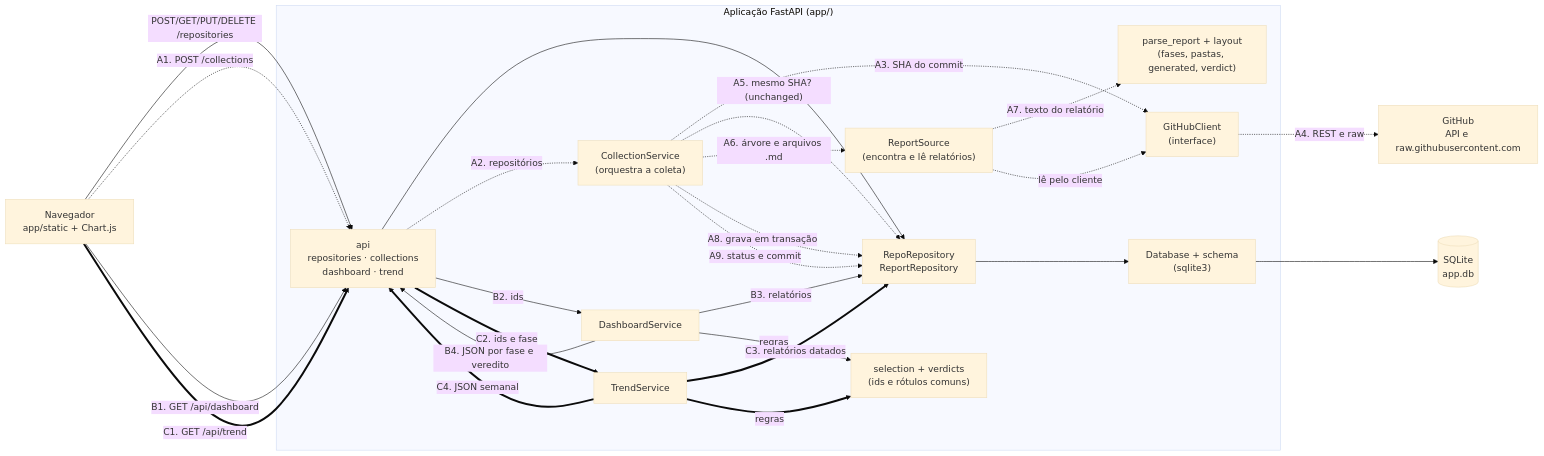
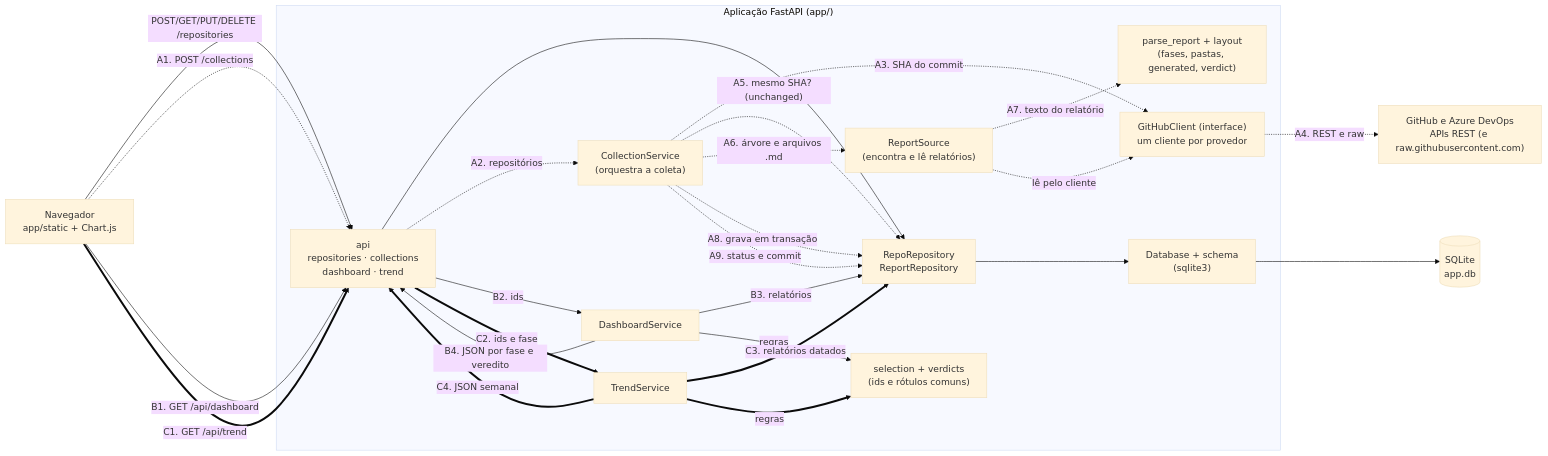
One commit to joaogoes/akcit_modulo_4 changed the diagram in docs/03 diagrama-componentes.md. Above: the diagram before and after it, drawn with Mermaid (base theme). The commit also changed other lines of this file and 3 other files, not shown here.

First line of the commit message:
docs: documenta o Azure DevOps e os tokens cifrados

````diff
--- a/docs/03 diagrama-componentes.md
+++ b/docs/03 diagrama-componentes.md
@@ -9,52 +9,52 @@
 ```mermaid
 flowchart LR
     Browser["Navegador<br/>app/static + Chart.js"]
-    GitHub["GitHub<br/>API e raw.githubusercontent.com"]
+    GitHub["GitHub e Azure DevOps<br/>APIs REST (e raw.githubusercontent.com)"]
 
     subgraph App["Aplicação FastAPI (app/)"]
         API["api<br/>repositories · collections<br/>dashboard · trend"]
         Collect["CollectionService<br/>(orquestra a coleta)"]
         Source["ReportSource<br/>(encontra e lê relatórios)"]
         Parser["parse_report + layout<br/>(fases, pastas, generated, verdict)"]
-        Client["GitHubClient<br/>(interface)"]
+        Client["GitHubClient (interface)<br/>um cliente por provedor"]
         Dash["DashboardService"]
         Trend["TrendService"]
         Shared["selection + verdicts<br/>(ids e rótulos comuns)"]
         Repos["RepoRepository<br/>ReportRepository"]
         DB["Database + schema<br/>(sqlite3)"]
     end
 
     SQLite[("SQLite<br/>app.db")]
 
     %% Cadastro
     Browser -- "POST/GET/PUT/DELETE /repositories" --> API
     API --> Repos
 
     %% Coleta
     Browser -. "A1. POST /collections" .-> API
     API -. "A2. repositórios" .-> Collect
     Collect -. "A3. SHA do commit" .-> Client
     Client -. "A4. REST e raw" .-> GitHub
     Collect -. "A5. mesmo SHA? (unchanged)" .-> Repos
     Collect -. "A6. árvore e arquivos .md" .-> Source
     Source -. "A7. texto do relatório" .-> Parser
     Source -. "lê pelo cliente" .-> Client
     Collect -. "A8. grava em transação" .-> Repos
     Collect -. "A9. status e commit" .-> Repos
 
     %% Dashboard
     Browser -- "B1. GET /api/dashboard" --> API
     API -- "B2. ids" --> Dash
     Dash -- "B3. relatórios" --> Repos
     Dash -- "regras" --> Shared
     Dash -- "B4. JSON por fase e veredito" --> API
 
     %% Tendência
     Browser == "C1. GET /api/trend" ==> API
     API == "C2. ids e fase" ==> Trend
     Trend == "C3. relatórios datados" ==> Repos
     Trend == "regras" ==> Shared
     Trend == "C4. JSON semanal" ==> API
 
     Repos --> DB --> SQLite
 ```
````
